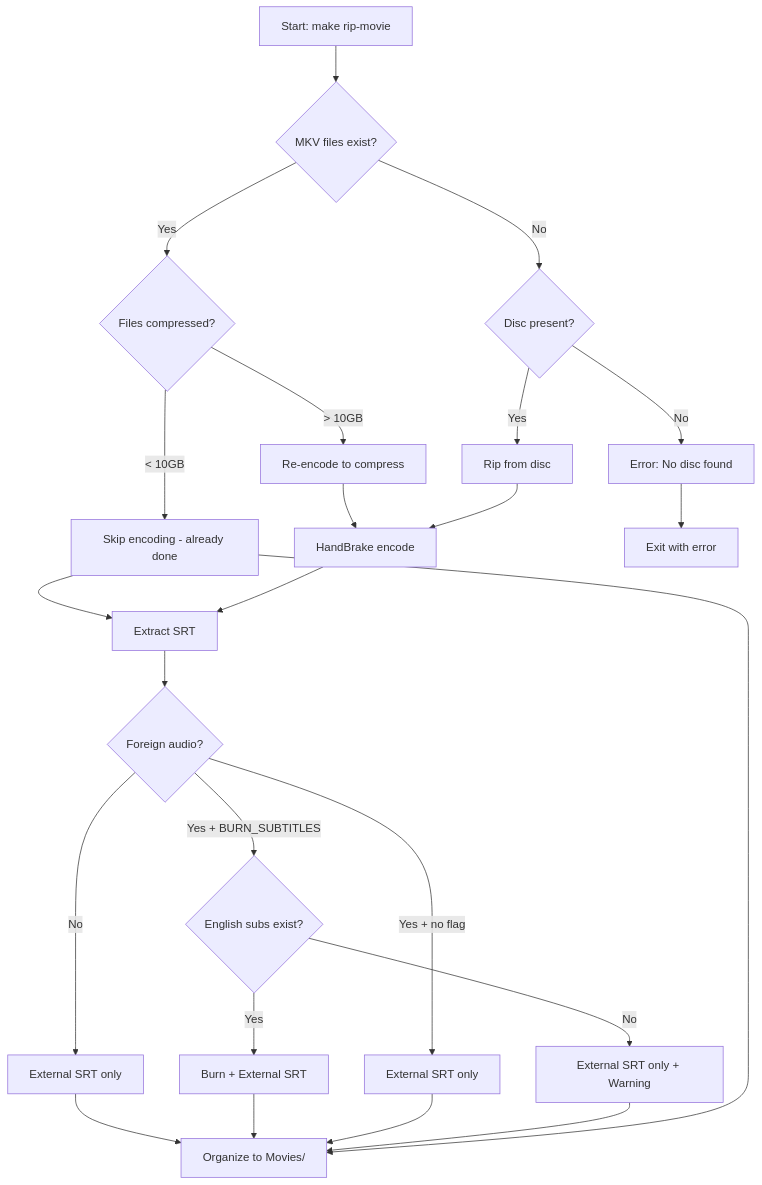
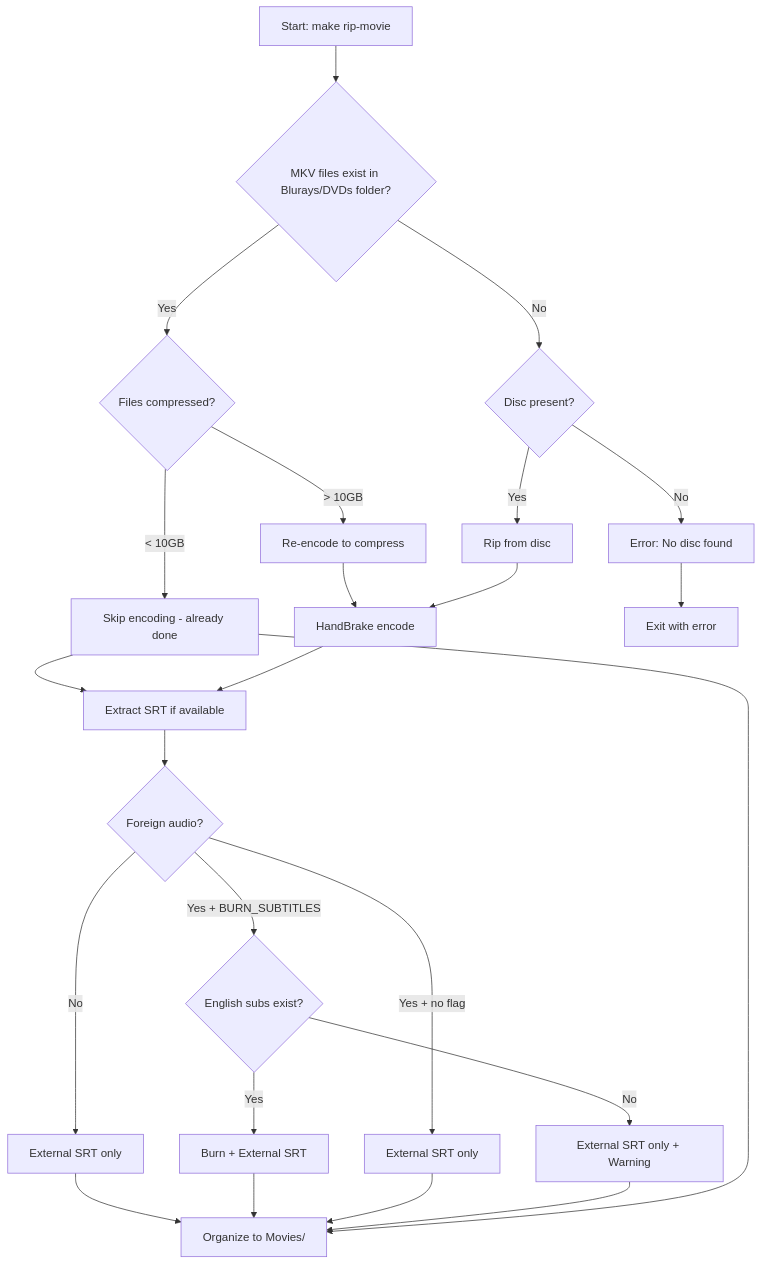
One commit to geniusworks/digital-archive-maker changed the fourth of 6 diagrams in docs/video_workflows.md. Above: the diagram before and after it, drawn with Mermaid. The commit also changed other lines of this file, not shown here.

````diff
--- a/docs/video_workflows.md
+++ b/docs/video_workflows.md
@@ -154,33 +175,33 @@
 ```mermaid
 graph TD
-    A[Start: make rip-movie] --> B{MKV files exist?}
+    A[Start: make rip-movie] --> B{MKV files exist in Blurays/DVDs folder?}
     B -->|Yes| C{Files compressed?}
     B -->|No| D{Disc present?}
     
     C -->|< 10GB| E[Skip encoding - already done]
     C -->|> 10GB| F[Re-encode to compress]
     
     D -->|No| G[Error: No disc found]
     D -->|Yes| H[Rip from disc]
     
     F --> I[HandBrake encode]
     H --> I
-    E --> J[Extract SRT]
+    E --> J[Extract SRT if available]
     I --> J
     
     J --> K{Foreign audio?}
     K -->|No| L[External SRT only]
     K -->|Yes + BURN_SUBTITLES| M{English subs exist?}
     K -->|Yes + no flag| N[External SRT only]
     
     M -->|Yes| O[Burn + External SRT]
     M -->|No| P[External SRT only + Warning]
     
     L --> Q[Organize to Movies/]
     O --> Q
     N --> Q
     P --> Q
     
     E --> Q
     G --> R[Exit with error]
 ```
````
